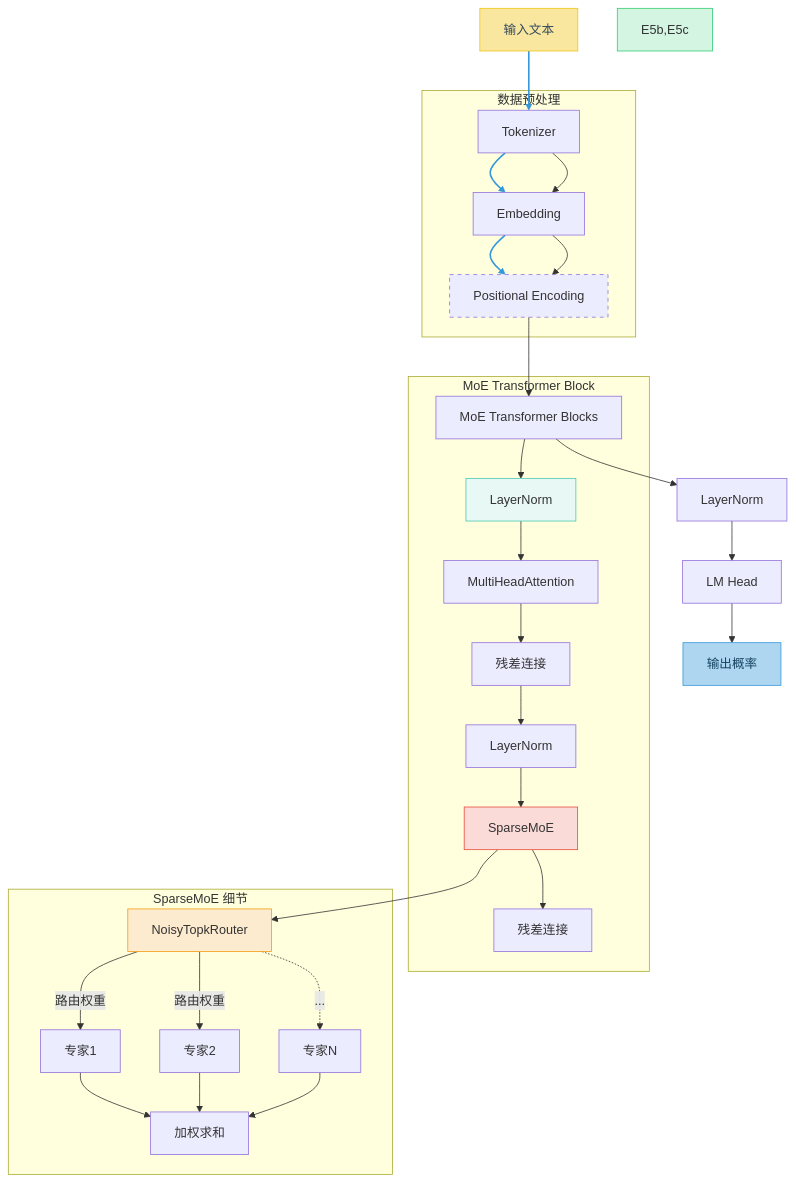
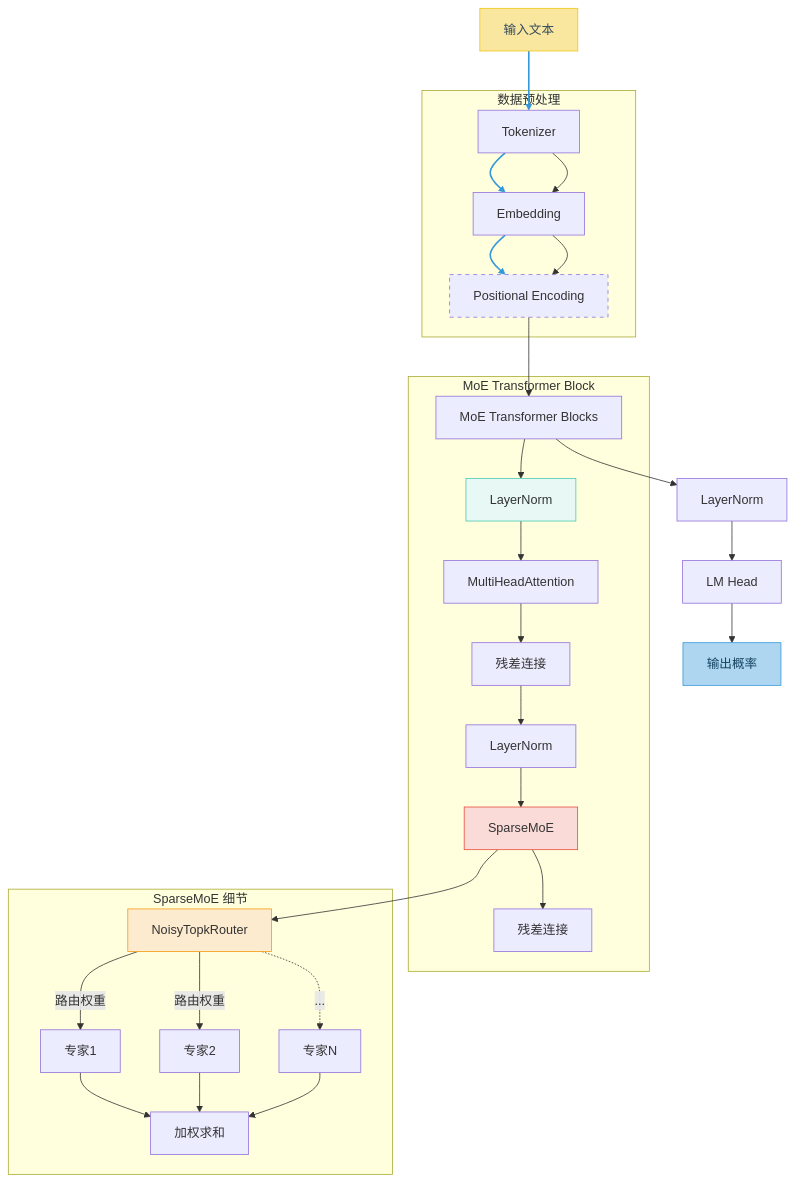
The diagram in all/未命名-2.md (runningto/iodraw-files), drawn with Mermaid before and after one commit.

Commit message:
2025-03-29 16:43:45 update

````diff
--- a/all/未命名-2.md
+++ b/all/未命名-2.md
@@ -1,46 +1,46 @@
 ```mermaid
 graph TD
     A[输入文本] --> B[Tokenizer]
     B --> C[Embedding]
     C --> D[Positional Encoding]
     D --> E[MoE Transformer Blocks]
     E --> F[LayerNorm]
     F --> G[LM Head]
     G --> H[输出概率]
 
     style A fill:#F9E79F,stroke:#F1C40F,color:#34495E
     style H fill:#AED6F1,stroke:#3498DB,color:#154360
 
     subgraph "数据预处理"
         B --> C
         C --> D
         style D stroke-dasharray: 5 5
     end
 
     subgraph "MoE Transformer Block"
         E --> E1[LayerNorm]
         E1 --> E2[MultiHeadAttention]
         E2 --> E3[残差连接]
         E3 --> E4[LayerNorm]
         E4 --> E5[SparseMoE]
         E5 --> E6[残差连接]
         style E1 fill:#E8F8F5,stroke:#48C9B0
         style E5 fill:#FADBD8,stroke:#E74C3C
     end
 
     subgraph "SparseMoE 细节"
         E5 --> E5a[NoisyTopkRouter]
         E5a -->|路由权重| E5b[专家1]
         E5a -->|路由权重| E5c[专家2]
         E5a -.->|...| E5d[专家N]
         E5b --> E5e[加权求和]
         E5c --> E5e
         E5d --> E5e
         style E5a fill:#FDEBD0,stroke:#F39C12
-        style E5b,E5c fill:#D5F5E3,stroke:#2ECC71
+
         linkStyle 0,1,2 stroke:#3498DB,stroke-width:2px
     end
 
     click E2 "https://pytorch.org/docs/stable/nn.html#multiheadattention" "PyTorch文档"
     click E5 "javascript:alert('专家数:8\\nTop-K:2')" "MoE参数"
 ```
````
